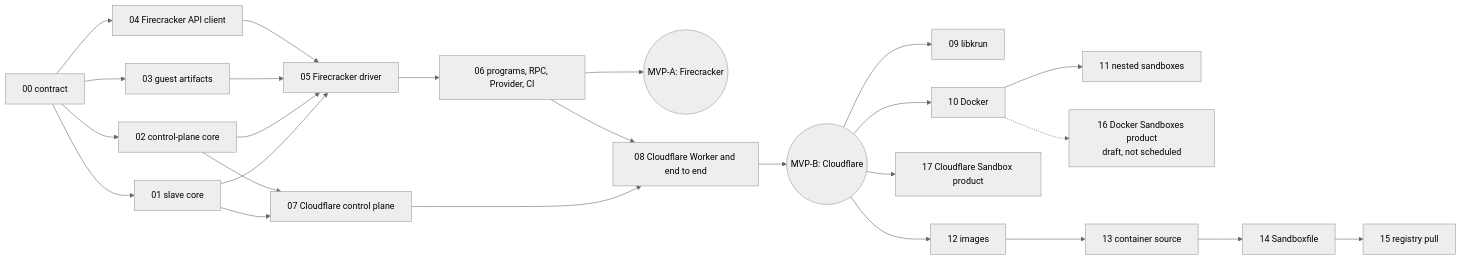
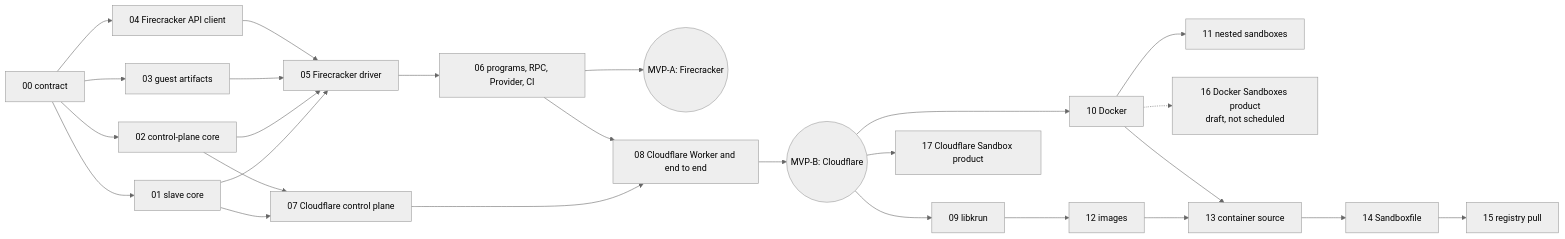
The second of 2 diagrams in specifications/77-foundation-platform-sandbox/requirements.md (ewe-studios/ewe_platform), drawn with Mermaid (neutral theme) before and after one commit. The commit also changed other lines of this file and 31 other files, not shown here.

````diff
--- a/specifications/77-foundation-platform-sandbox/requirements.md
+++ b/specifications/77-foundation-platform-sandbox/requirements.md
@@ -375,24 +375,25 @@
 ```mermaid
 graph LR
   F00[00 contract] --> F01[01 slave core]
   F00 --> F02[02 control-plane core]
   F00 --> F03[03 guest artifacts]
   F00 --> F04[04 Firecracker API client]
   F01 --> F05[05 Firecracker driver]
   F02 --> F05
   F03 --> F05
   F04 --> F05
   F05 --> F06[06 programs, RPC, Provider, CI]
   F06 --> MA((MVP-A: Firecracker))
   F01 --> F07[07 Cloudflare control plane]
   F02 --> F07
   F07 --> F08[08 Cloudflare Worker and end to end]
   F06 --> F08
   F08 --> MB((MVP-B: Cloudflare))
   MB --> F09[09 libkrun]
   MB --> F10[10 Docker]
   F10 --> F11[11 nested sandboxes]
   F10 -.-> F16[16 Docker Sandboxes product<br/>draft, not scheduled]
   MB --> F17[17 Cloudflare Sandbox product]
-  MB --> F12[12 images] --> F13[13 container source] --> F14[14 Sandboxfile] --> F15[15 registry pull]
+  F09 --> F12[12 images] --> F13[13 container source] --> F14[14 Sandboxfile] --> F15[15 registry pull]
+  F10 --> F13
 ```
````
